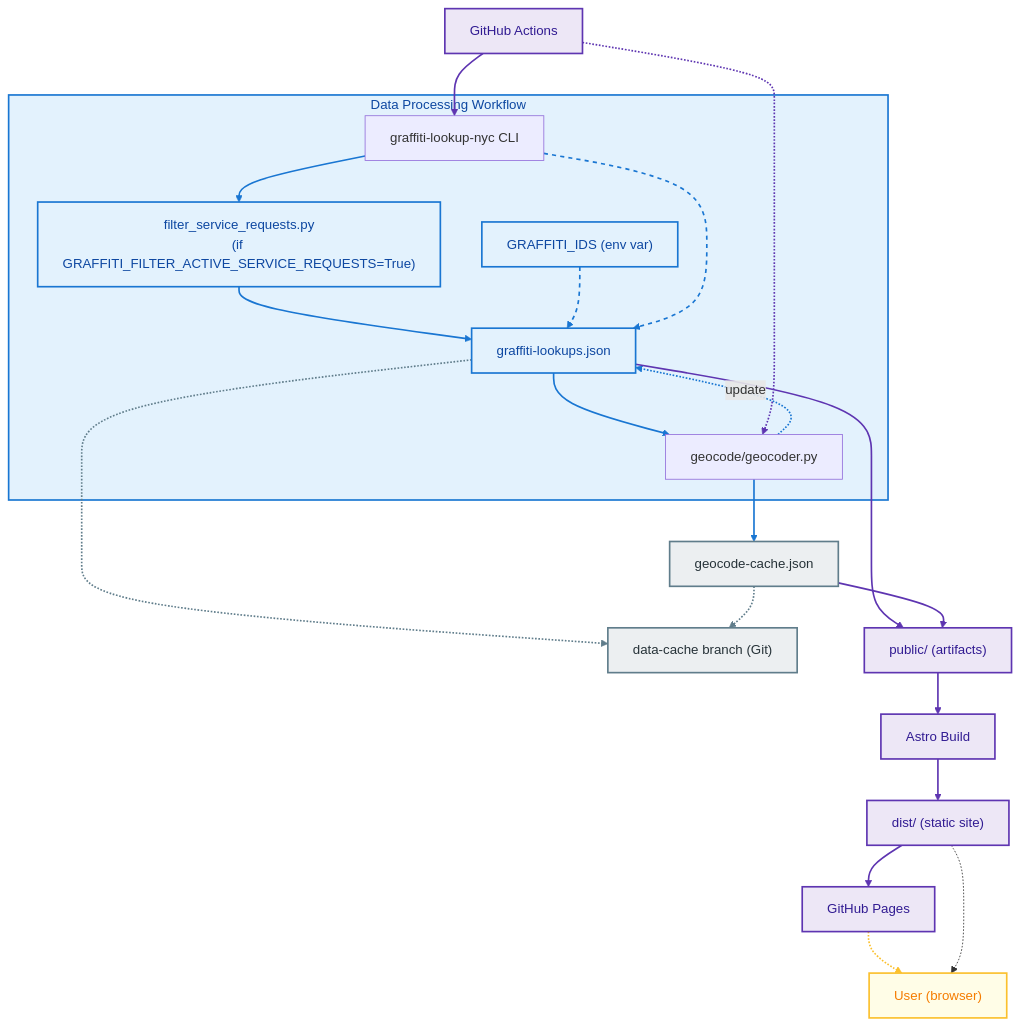
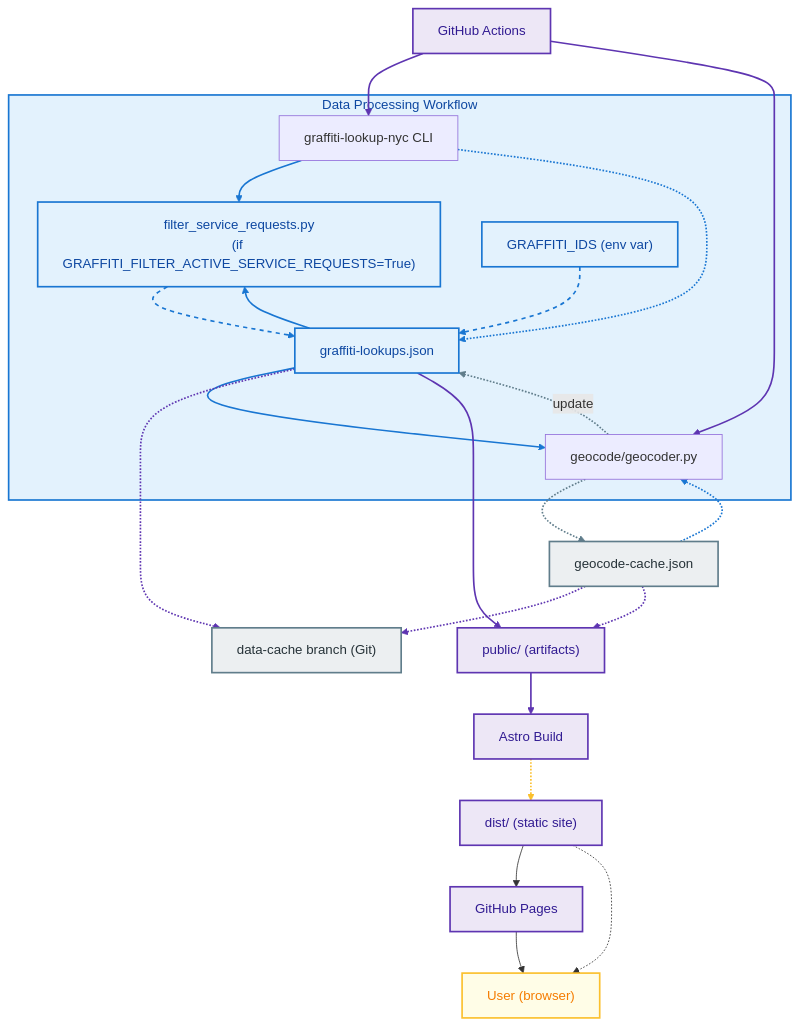
Before and after one commit to njamaleddine/graffiti-lookup-nyc-web: the diagram in README.md, drawn with Mermaid.

```diff
--- a/README.md
+++ b/README.md
@@ -149,10 +149,12 @@
 
    %% Rigid, grid-like layout
    CLI --> FILTER
+   LOOKUPS --> FILTER
    FILTER --> LOOKUPS
    IDS -.-> LOOKUPS
    CLI -.-> LOOKUPS
    LOOKUPS --> GEOCODE
+   CACHE --> GEOCODE
    GEOCODE --> CACHE
    GEOCODE -- update --> LOOKUPS
    LOOKUPS -.-> DATA_CACHE
```
